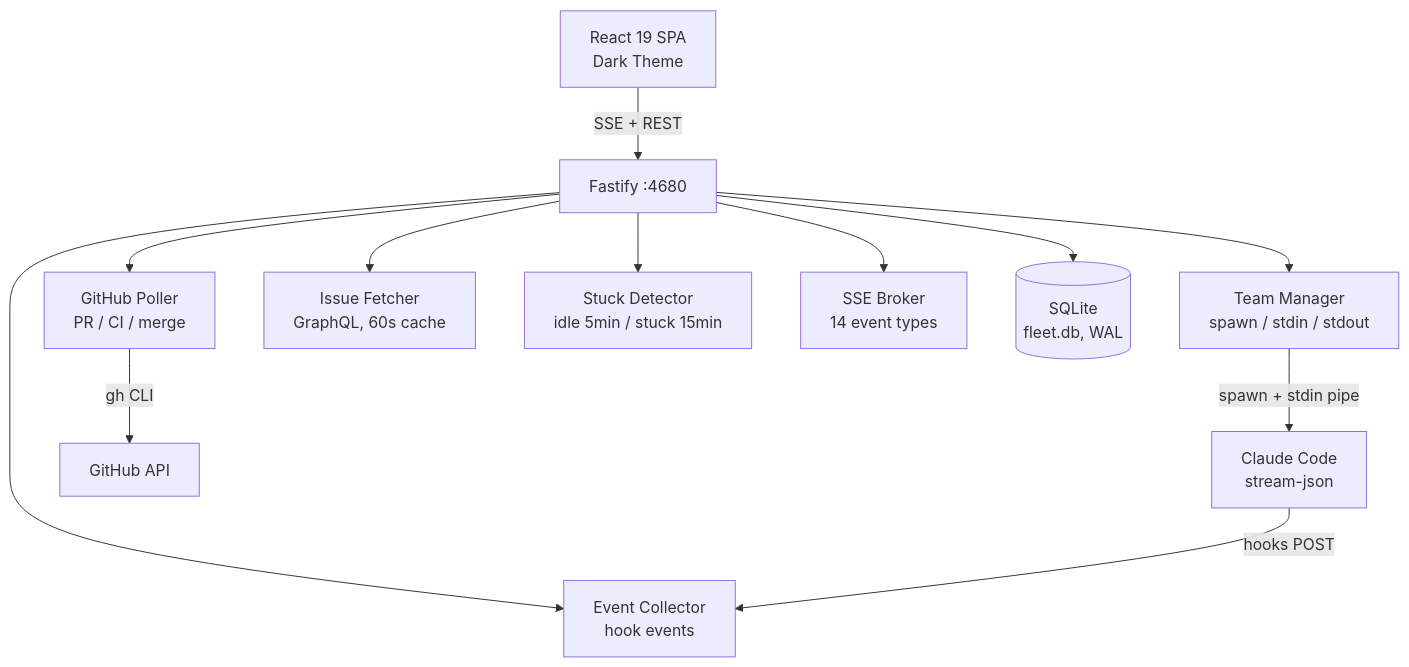
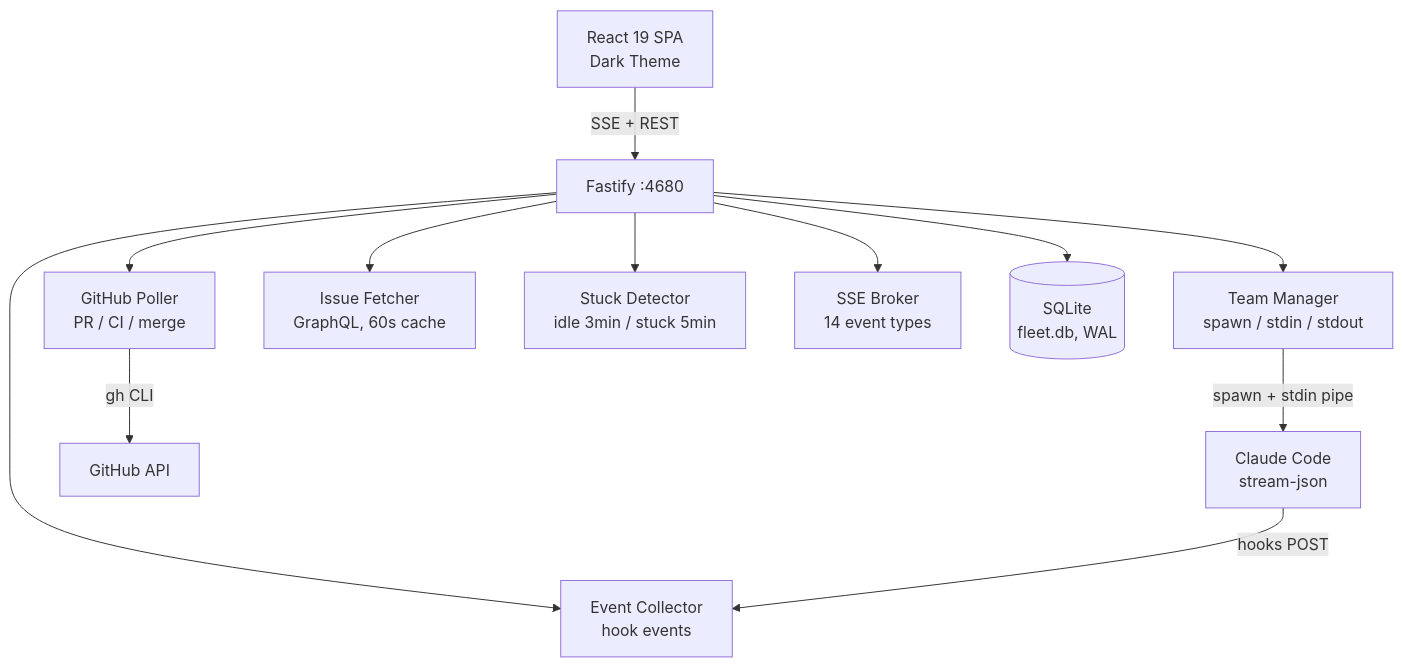
One commit to itsg-global-agentic/fleet-commander changed the diagram in docs/diagrams/architecture.mmd. Above: the diagram before and after it, drawn with Mermaid. The commit also changed 17 other files, not shown here.

First line of the commit message:
Issue #129: lower idle threshold to 3min and stuck to 5min (#136)

```diff
--- a/docs/diagrams/architecture.mmd
+++ b/docs/diagrams/architecture.mmd
@@ -1,12 +1,12 @@
 graph TB
   Browser["React 19 SPA<br/>Dark Theme"] -->|"SSE + REST"| Server["Fastify :4680"]
   Server --> TeamMgr["Team Manager<br/>spawn / stdin / stdout"]
   Server --> EventCol["Event Collector<br/>hook events"]
   Server --> GitPoller["GitHub Poller<br/>PR / CI / merge"]
   Server --> IssueFetch["Issue Fetcher<br/>GraphQL, 60s cache"]
-  Server --> StuckDet["Stuck Detector<br/>idle 5min / stuck 15min"]
+  Server --> StuckDet["Stuck Detector<br/>idle 3min / stuck 5min"]
   Server --> SSE["SSE Broker<br/>14 event types"]
   Server --> DB[("SQLite<br/>fleet.db, WAL")]
   TeamMgr -->|"spawn + stdin pipe"| CC["Claude Code<br/>stream-json"]
   CC -->|"hooks POST"| EventCol
   GitPoller -->|"gh CLI"| GitHub["GitHub API"]
```
